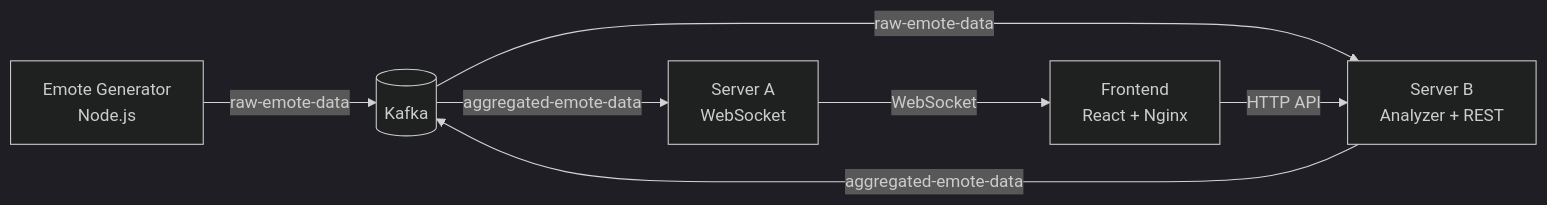
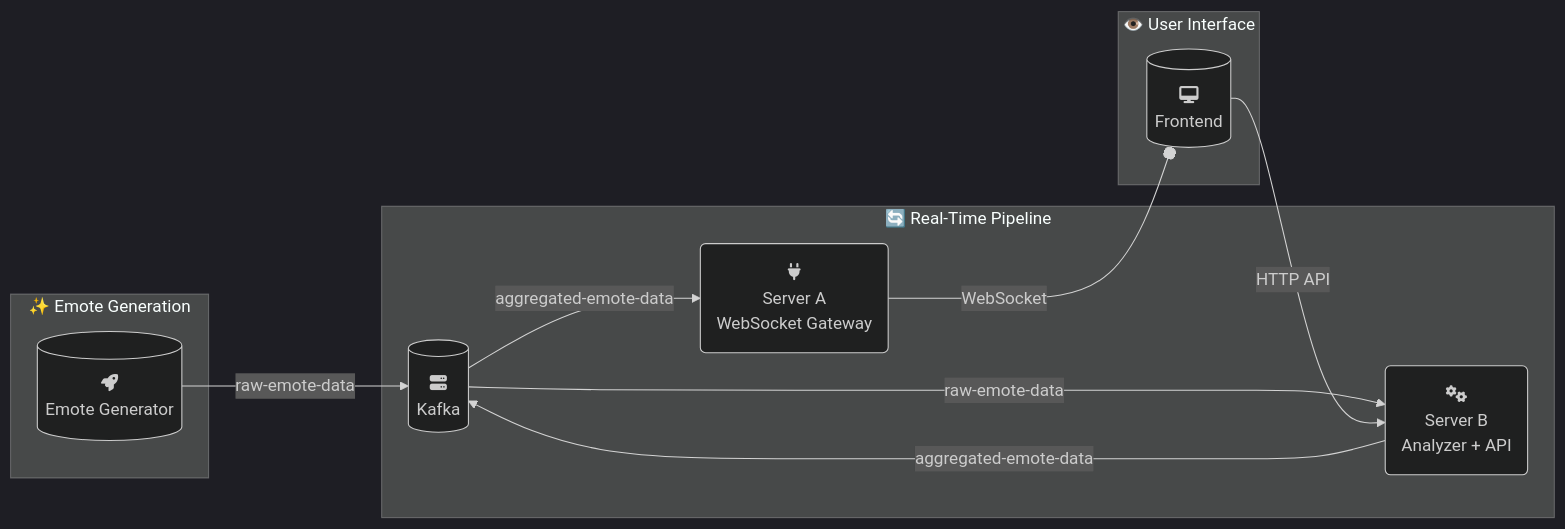
Before and after one commit to waqas1412/emote-system-kafka: the diagram in README.md, drawn with Mermaid (dark theme). The commit also changed other lines of this file and 1 other file, not shown here.

````diff
--- a/README.md
+++ b/README.md
@@ -57,9 +62,23 @@
 ```mermaid
 flowchart LR
-    EG[Emote Generator<br/>Node.js] -->|raw-emote-data| K[(Kafka)]
-    K -->|raw-emote-data| SB[Server B<br/>Analyzer + REST]
+    subgraph "✨ Emote Generation"
+        EG[("fa:fa-rocket<br/>Emote Generator")]
+    end
+
+    subgraph "🔄 Real-Time Pipeline"
+        K[(fa:fa-server<br/>Kafka)]
+        SB("fa:fa-cogs<br/>Server B<br/>Analyzer + API")
+        SA("fa:fa-plug<br/>Server A<br/>WebSocket Gateway")
+    end
+
+    subgraph "👁️ User Interface"
+        FE[("fa:fa-desktop<br/>Frontend")]
+    end
+
+    EG -->|raw-emote-data| K
+    K -->|raw-emote-data| SB
     SB -->|aggregated-emote-data| K
-    K -->|aggregated-emote-data| SA[Server A<br/>WebSocket]
-    SA -->|WebSocket| FE[Frontend<br/>React + Nginx]
+    K -->|aggregated-emote-data| SA
+    SA --o|WebSocket| FE
     FE -->|HTTP API| SB
 ```
````
